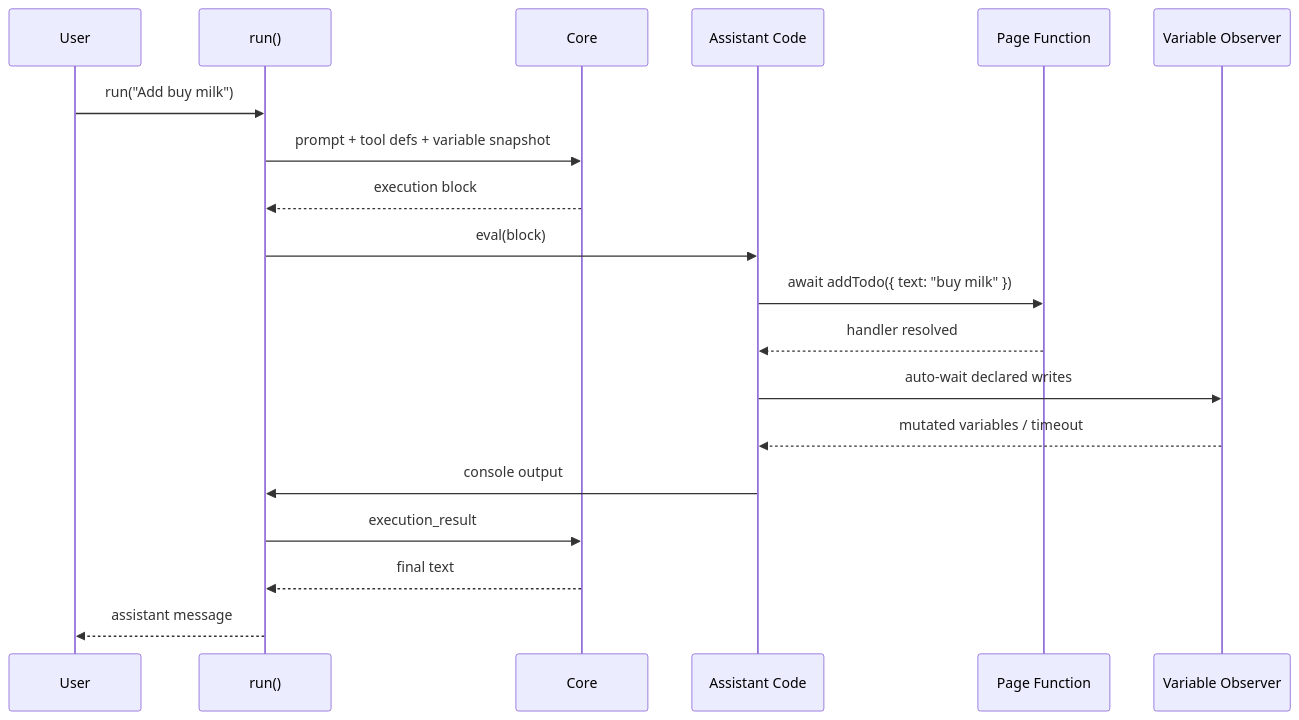
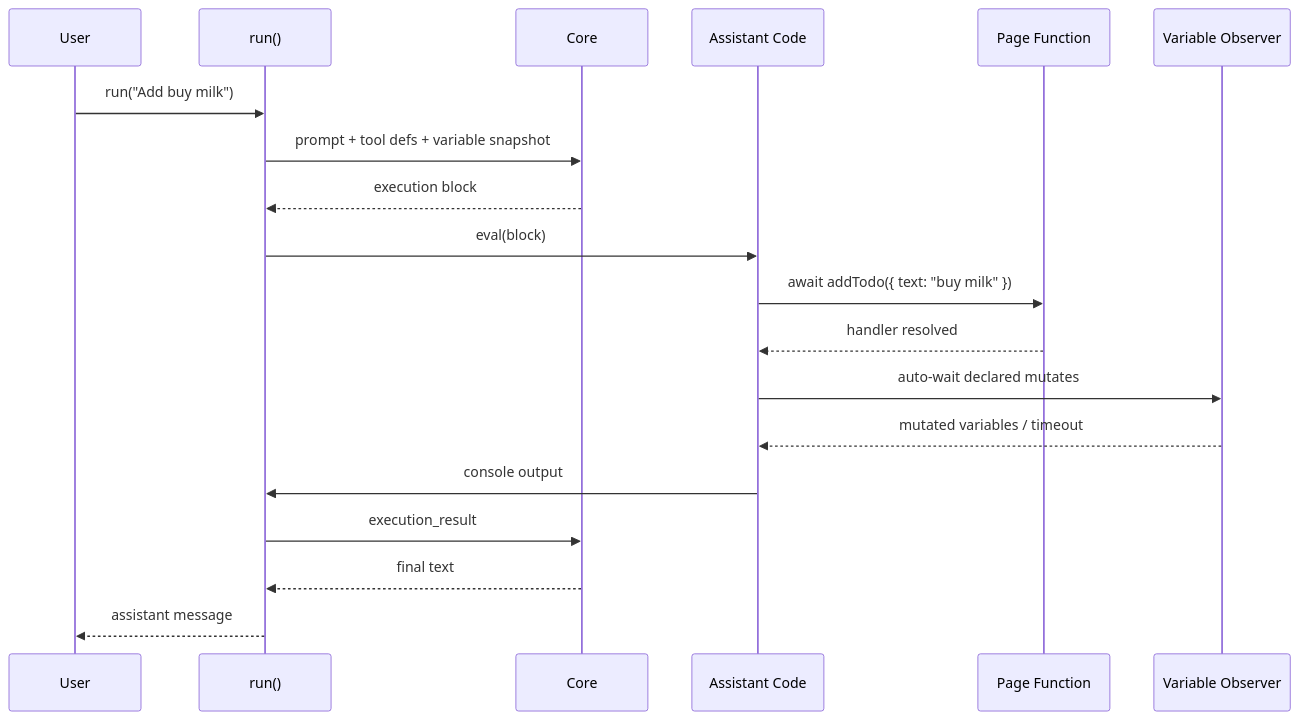
Before and after one commit to page-use-people/page-use: the first of 2 diagrams in apps/client/README.md, drawn with Mermaid. The commit also changed other lines of this file and 4 other files, not shown here.

Commit message:
Rename 'writes' to 'mutates' in registerFunction across client and react packages

````diff
--- a/apps/client/README.md
+++ b/apps/client/README.md
@@ -121,22 +121,22 @@
 ```mermaid
 sequenceDiagram
     participant User
     participant Client as run()
     participant Core
     participant Code as Assistant Code
     participant Func as Page Function
     participant Vars as Variable Observer
 
     User->>Client: run("Add buy milk")
     Client->>Core: prompt + tool defs + variable snapshot
     Core-->>Client: execution block
     Client->>Code: eval(block)
     Code->>Func: await addTodo({ text: "buy milk" })
     Func-->>Code: handler resolved
-    Code->>Vars: auto-wait declared writes
+    Code->>Vars: auto-wait declared mutates
     Vars-->>Code: mutated variables / timeout
     Code->>Client: console output
     Client->>Core: execution_result
     Core-->>Client: final text
     Client-->>User: assistant message
 ```
````
